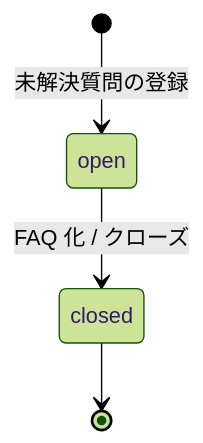
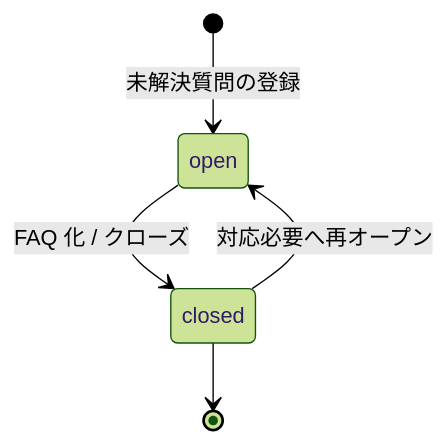
The fifth of 10 diagrams in 02_basic_design/08_state-model.md (sikakou54/open-faq), drawn with Mermaid (forest theme) before and after one commit. The commit also changed other lines of this file and 15 other files, not shown here.

````diff
--- a/02_basic_design/08_state-model.md
+++ b/02_basic_design/08_state-model.md
@@ -101,6 +101,7 @@
 ```mermaid
 stateDiagram-v2
   [*] --> open: 未解決質問の登録
   open --> closed: FAQ 化 / クローズ
+  closed --> open: 対応必要へ再オープン
   closed --> [*]
 ```
````
